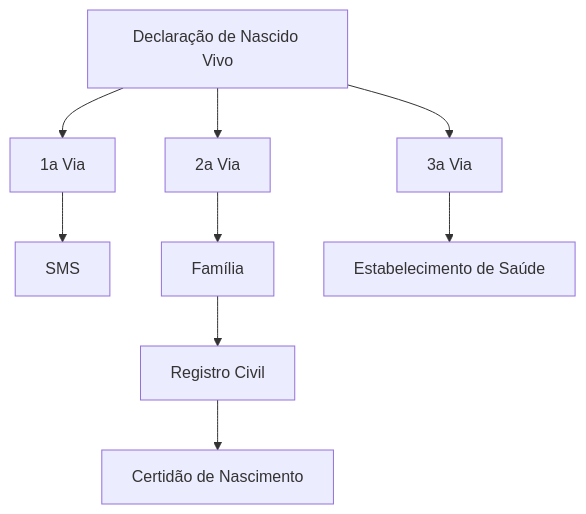
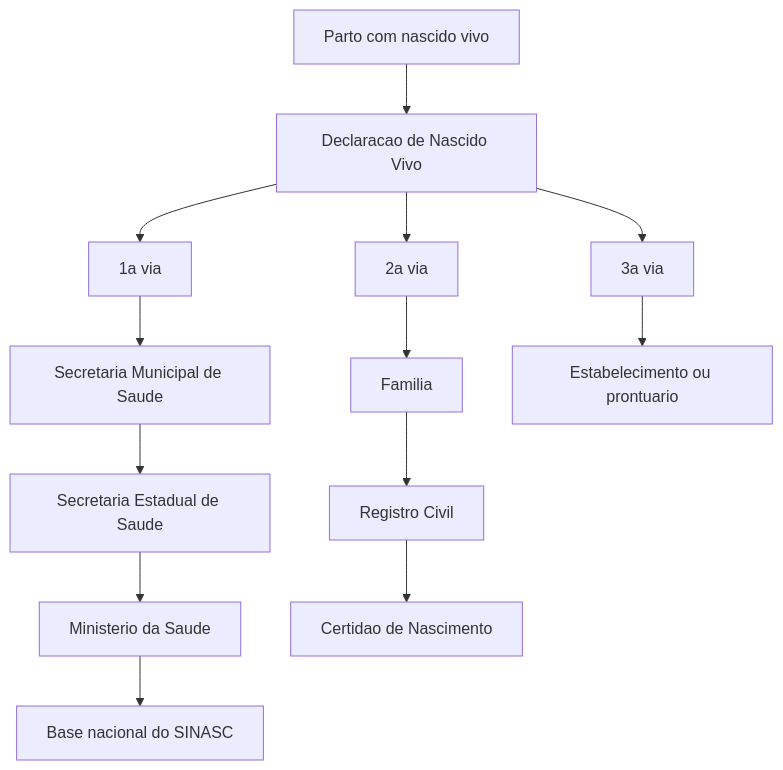
Before and after one commit to rfsaldanha/sis: the diagram in sinasc.qmd, drawn with Mermaid. The commit also changed other lines of this file and 60 other files, not shown here.

````diff
--- a/sinasc.qmd
+++ b/sinasc.qmd
@@ -20,17 +68,20 @@
 ```{mermaid}
-%%| fig-cap: "Fluxo de emissão e destinação das vias da Declaração de Nascido Vivo "
-%%| label: fig-do
+%%| fig-cap: "Fluxo de emissão e destinação das vias da Declaração de Nascido Vivo"
+%%| label: fig-sinasc-dnv
+flowchart TD
+  parto[Parto com nascido vivo] --> dnv[Declaracao de Nascido Vivo]
+  dnv --> via1[1a via]
+  dnv --> via2[2a via]
+  dnv --> via3[3a via]
 
-flowchart TD
-dn[Declaração de Nascido Vivo] --> via1[1a Via]
-dn --> via2[2a Via]
-dn --> via3[3a Via]
+  via1 --> sms[Secretaria Municipal de Saude]
+  sms --> ses[Secretaria Estadual de Saude]
+  ses --> ms[Ministerio da Saude]
+  ms --> sinasc[Base nacional do SINASC]
 
-via1 --> sms[SMS]
+  via2 --> fam[Familia]
+  fam --> rg[Registro Civil]
+  rg --> cert[Certidao de Nascimento]
 
-via2 --> fam[Família]
-fam --> rg[Registro Civil]
-rg --> ao[Certidão de Nascimento]
-
-via3 --> es[Estabelecimento de Saúde]
+  via3 --> es[Estabelecimento ou prontuario]
 ```
````
